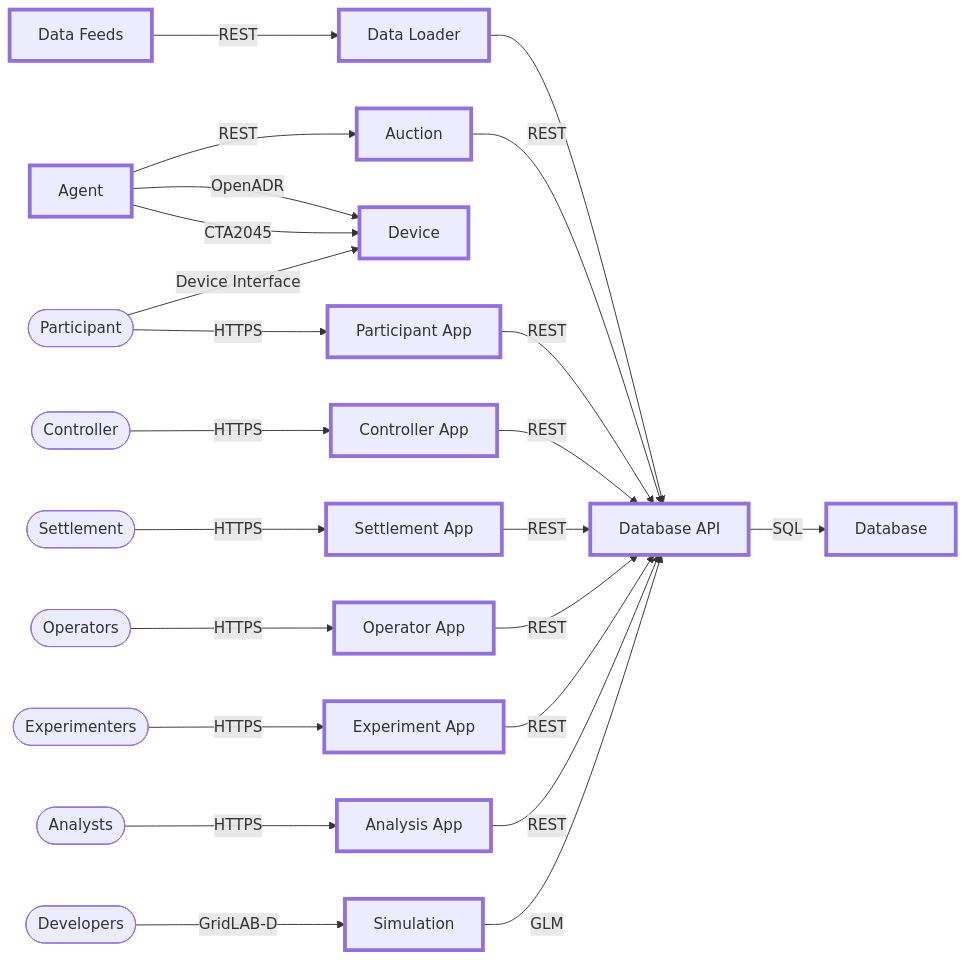
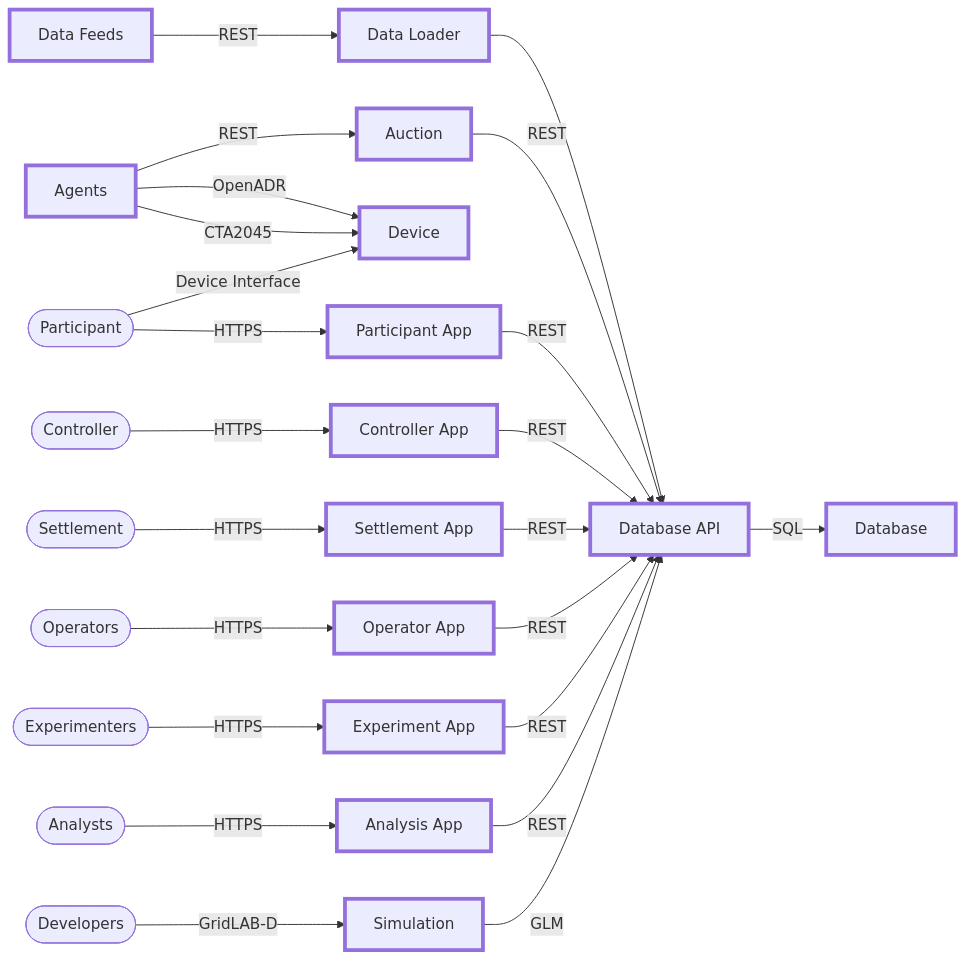
The second of 2 diagrams in docs/README.md (aivanova5/design), drawn with Mermaid before and after one commit.

````diff
--- a/docs/README.md
+++ b/docs/README.md
@@ -87,44 +87,44 @@
 ```mermaid
 flowchart LR
 
   classDef active stroke-width:4px;
 
   datafeeds[Data Feeds]:::active --REST--> dataloader[Data Loader]:::active --> database_api
     click datafeeds "https://github.com/postroad-energy/design/blob/main/docs/datafeeds.md" _blank
     click dataloader "https://github.com/postroad-energy/design/blob/main/docs/dataloader.md" _blank
     
-  agent[Agent]:::active --REST--> auction[Auction]:::active
-    click agent "https://github.com/postroad-energy/design/blob/main/docs/agent.md" _blank
+  agents[Agents]:::active --REST--> auction[Auction]:::active
+    click agents "https://github.com/postroad-energy/design/blob/main/docs/agents.md" _blank
     click auction "https://github.com/postroad-energy/design/blob/main/docs/auction.md" _blank
     
-  agent --OpenADR--> device[Device]:::active
-  agent --CTA2045--> device
+  agents --OpenADR--> device[Device]:::active
+  agents --CTA2045--> device
     click device "https://github.com/postroad-energy/design/blob/main/docs/device.md" _blank
   
   participant --Device Interface--> device
   
   auction --REST--> database_api
     click database_api "https://github.com/postroad-energy/design/blob/main/docs/database.md" _blank
   
   participant([Participant]) --HTTPS--> participant_app[Participant App]:::active --REST--> database_api[Database API]:::active --SQL--> database[Database]:::active
     click participant_app "https://github.com/tess-cc/design/blob/main/docs/participants.md" _blank
     click database "https://github.com/postroad-energy/design/blob/main/docs/database.md" _blank
 
   controller([Controller]) --HTTPS--> controller_app[Controller App]:::active --REST--> database_api
       click controller_app "https://github.com/postroad-energy/design/blob/main/docs/controller.md" _blank
 
   settlement([Settlement]) --HTTPS--> settlement_app[Settlement App]:::active --REST--> database_api
       click settlement_app "https://github.com/postroad-energy/design/blob/main/docs/settlement.md" _blank
 
   operators([Operators]) --HTTPS--> operator_app[Operator App]:::active --REST--> database_api
       click operator_app "https://github.com/postroad-energy/design/blob/main/docs/operators.md" _blank
 
   experiment([Experimenters]) --HTTPS--> experiment_app[Experiment App]:::active --REST--> database_api
       click experiment_app "https://github.com/postroad-energy/design/blob/main/docs/experimenters.md" _blank
 
   analyst([Analysts]) --HTTPS--> analysis_app[Analysis App]:::active --REST--> database_api
     click analysis_app "https://github.com/postroad-energy/design/block/main/docs/analysis.md" _blank
     
   developer([Developers]) --GridLAB-D--> simulation[Simulation]:::active --GLM--> database_api
       click simulation "https://github.com/postroad-energy/design/blob/main/docs/simulation.md" _blank
 ```
````
